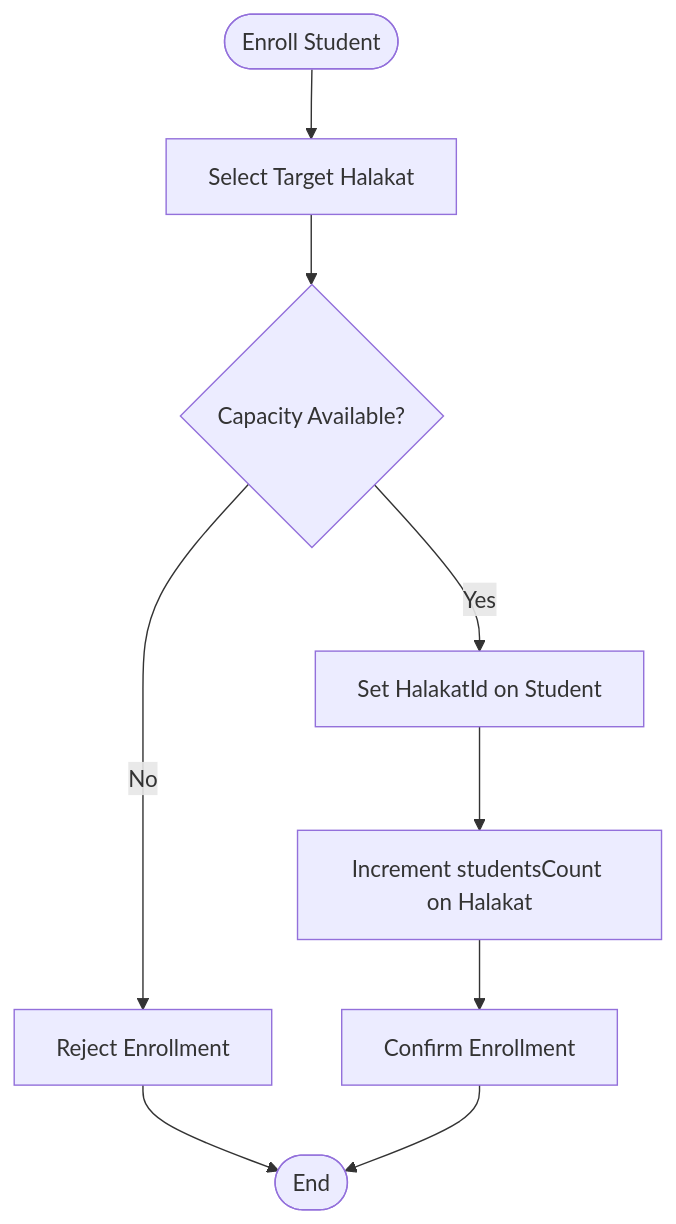
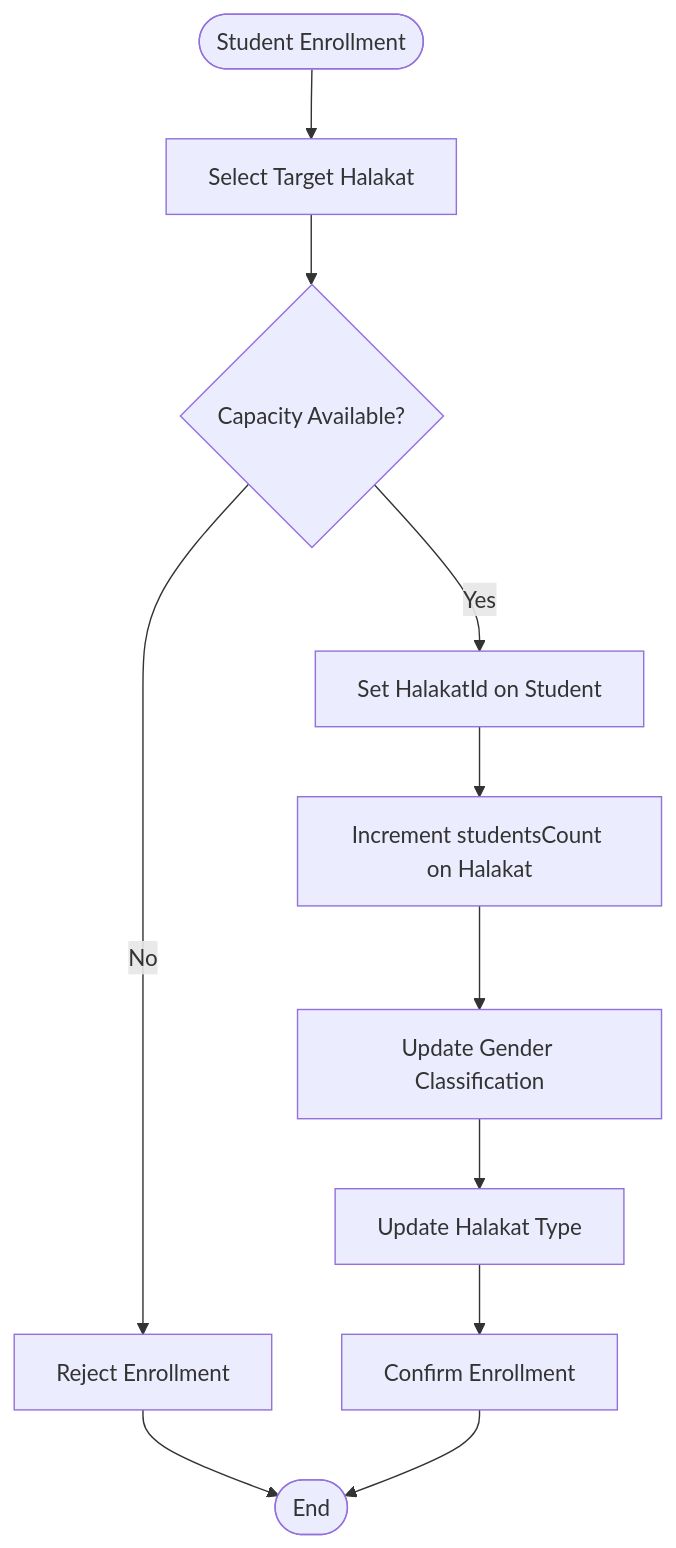
The fifth of 8 diagrams in .qoder/repowiki/en/content/Feature Modules/Teaching Group Management.md (Mreng78/khirocom_project), drawn with Mermaid before and after one commit. The commit also changed other lines of this file and 10 other files, not shown here.

````diff
--- a/.qoder/repowiki/en/content/Feature Modules/Teaching Group Management.md
+++ b/.qoder/repowiki/en/content/Feature Modules/Teaching Group Management.md
@@ -304,11 +367,13 @@
 ```mermaid
 flowchart TD
-Start(["Enroll Student"]) --> SelectHalakat["Select Target Halakat"]
+Start(["Student Enrollment"]) --> SelectHalakat["Select Target Halakat"]
 SelectHalakat --> VerifyCapacity{"Capacity Available?"}
 VerifyCapacity --> |No| Reject["Reject Enrollment"]
 VerifyCapacity --> |Yes| Assign["Set HalakatId on Student"]
 Assign --> UpdateCount["Increment studentsCount on Halakat"]
-UpdateCount --> Confirm["Confirm Enrollment"]
+UpdateCount --> UpdateGender["Update Gender Classification"]
+UpdateGender --> UpdateType["Update Halakat Type"]
+UpdateType --> Confirm["Confirm Enrollment"]
 Reject --> End(["End"])
 Confirm --> End
 ```
````
